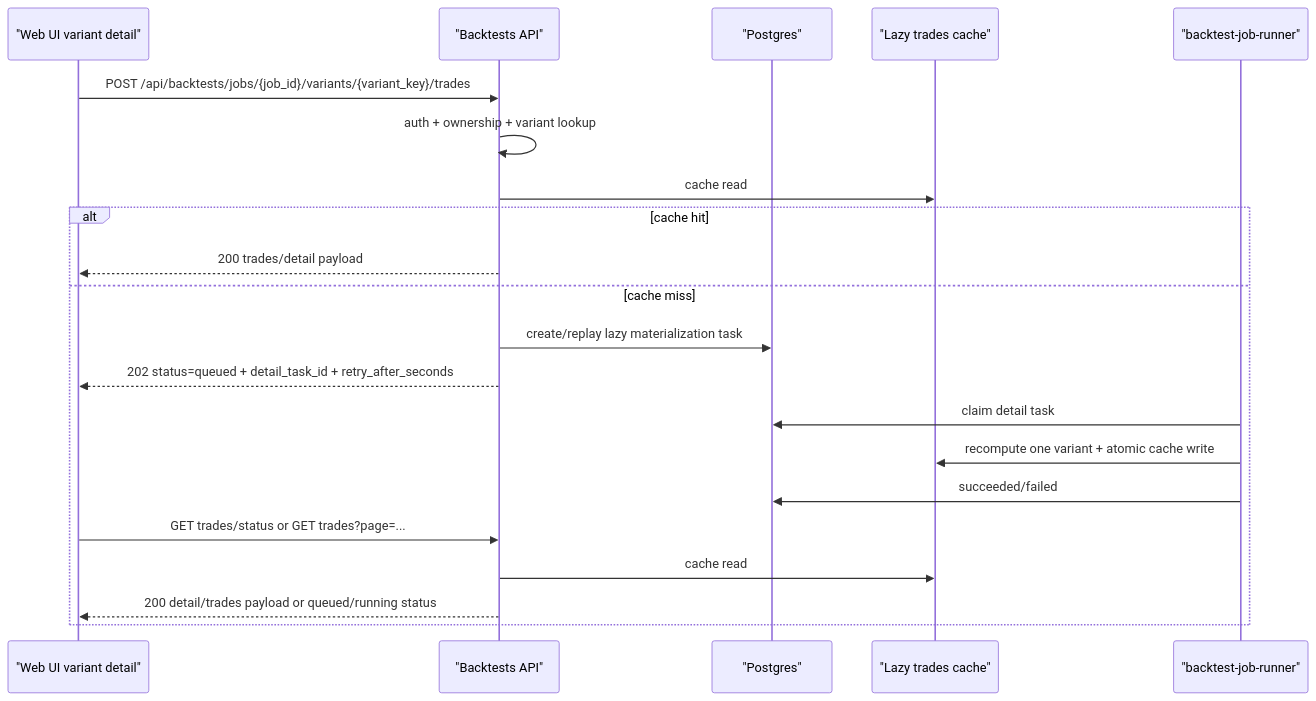
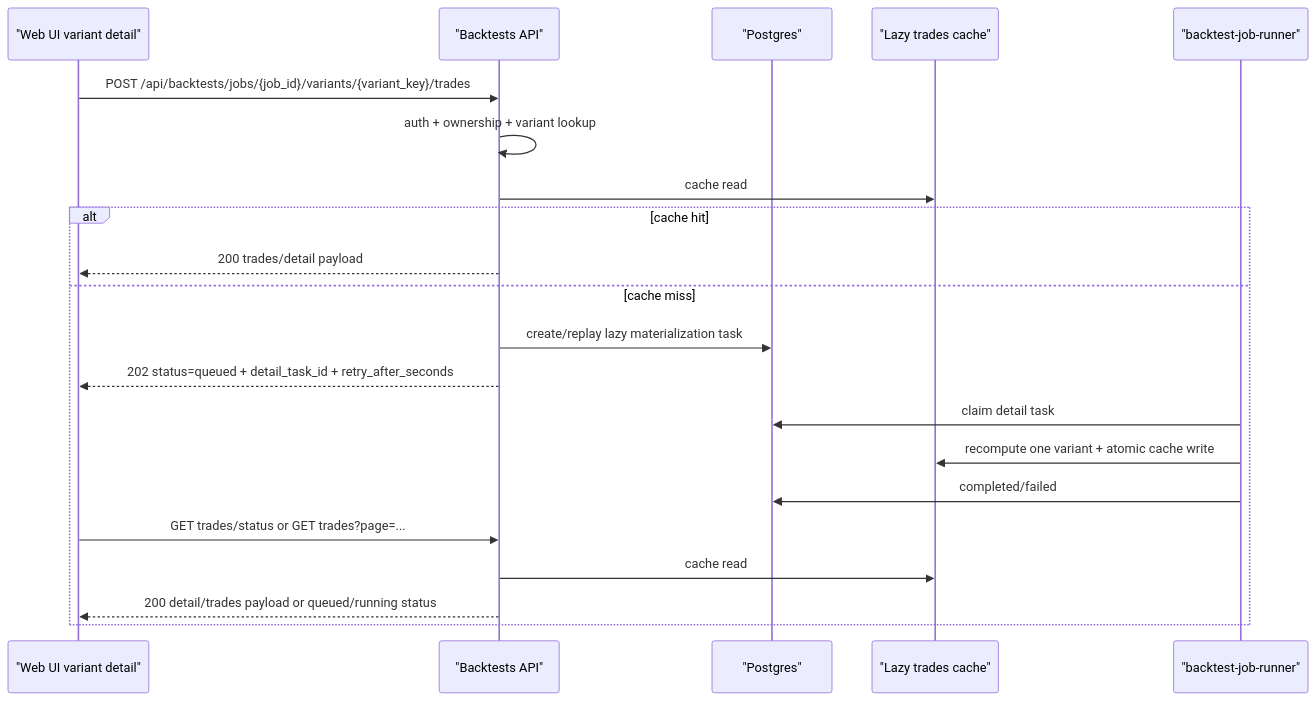
Before and after one commit to Dejetins/roehub.com: the diagram in docs/architecture/backtest/backtest-job-runner-production-plan-v1.md, drawn with Mermaid. The commit also changed other lines of this file, not shown here.

````diff
--- a/docs/architecture/backtest/backtest-job-runner-production-plan-v1.md
+++ b/docs/architecture/backtest/backtest-job-runner-production-plan-v1.md
@@ -120,24 +126,24 @@
 ```mermaid
 sequenceDiagram
     participant UI as "Web UI variant detail"
     participant API as "Backtests API"
     participant DB as "Postgres"
     participant C as "Lazy trades cache"
     participant W as "backtest-job-runner"
 
     UI->>API: POST /api/backtests/jobs/{job_id}/variants/{variant_key}/trades
     API->>API: auth + ownership + variant lookup
     API->>C: cache read
     alt cache hit
         API-->>UI: 200 trades/detail payload
     else cache miss
         API->>DB: create/replay lazy materialization task
         API-->>UI: 202 status=queued + detail_task_id + retry_after_seconds
         W->>DB: claim detail task
         W->>C: recompute one variant + atomic cache write
-        W->>DB: succeeded/failed
+        W->>DB: completed/failed
         UI->>API: GET trades/status or GET trades?page=...
         API->>C: cache read
         API-->>UI: 200 detail/trades payload or queued/running status
     end
 ```
````
